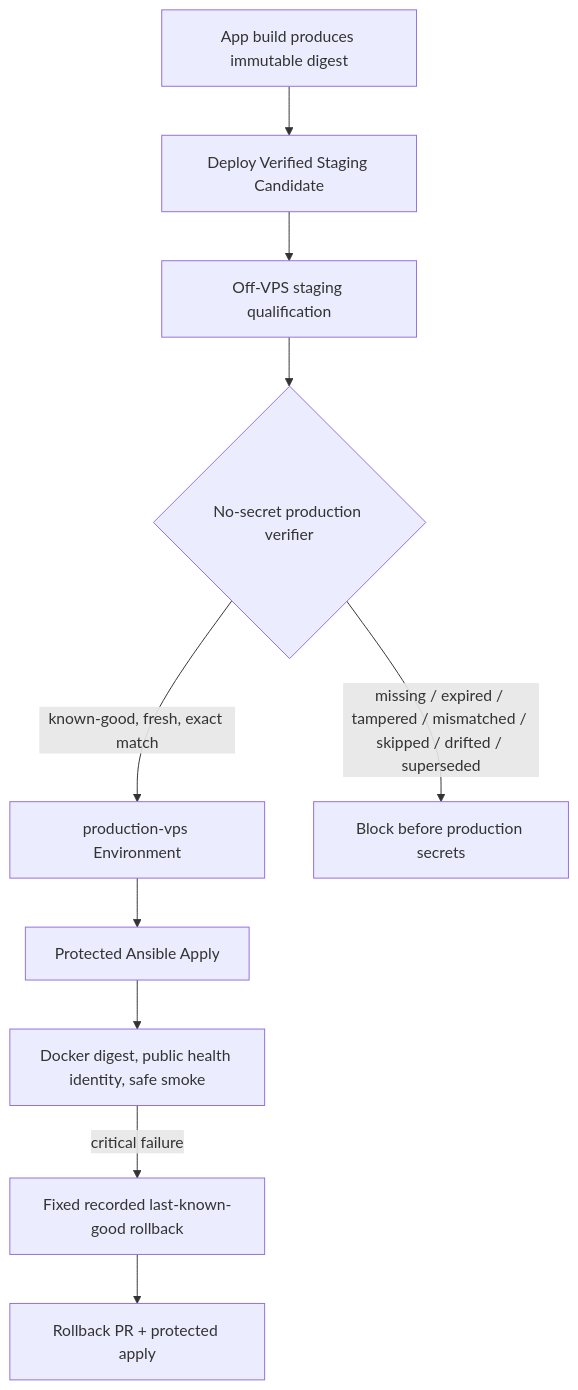
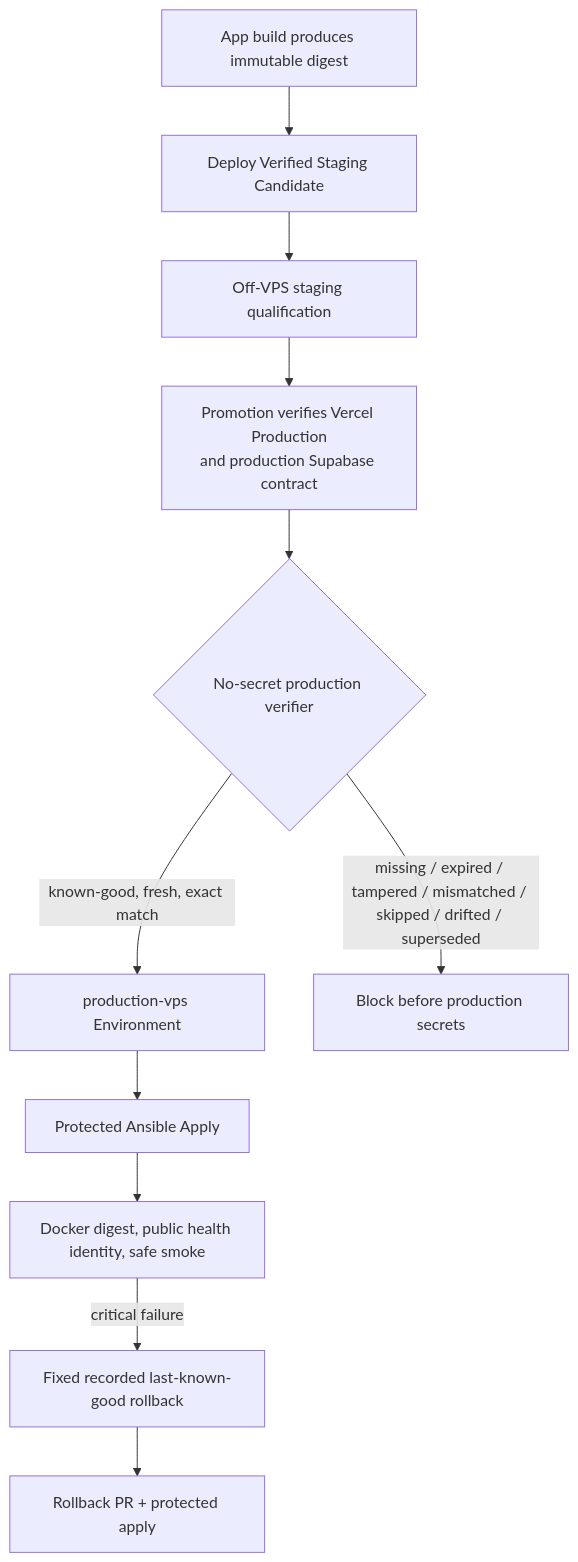
One commit to ramideltoro/nutsnews-docs changed the first of 4 diagrams in NUTSNEWS_PROTECTED_ANSIBLE_APPLY.md. Above: the diagram before and after it, drawn with Mermaid. The commit also changed other lines of this file and 3 other files, not shown here.

Commit message:
docs: document staging-qualified production promotion

````diff
--- a/NUTSNEWS_PROTECTED_ANSIBLE_APPLY.md
+++ b/NUTSNEWS_PROTECTED_ANSIBLE_APPLY.md
@@ -204,12 +212,13 @@
 ```mermaid
 flowchart TD
   build["App build produces immutable digest"] --> stage["Deploy Verified Staging Candidate"]
   stage --> qualify["Off-VPS staging qualification"]
-  qualify --> gate{"No-secret production verifier"}
+  qualify --> promotion["Promotion verifies Vercel Production\nand production Supabase contract"]
+  promotion --> gate{"No-secret production verifier"}
   gate -- "known-good, fresh, exact match" --> env["production-vps Environment"]
   gate -- "missing / expired / tampered / mismatched / skipped / drifted / superseded" --> block["Block before production secrets"]
   env --> apply["Protected Ansible Apply"]
   apply --> verify["Docker digest, public health identity, safe smoke"]
   verify -- "critical failure" --> rollback["Fixed recorded last-known-good rollback"]
   rollback --> pr["Rollback PR + protected apply"]
 ```
````
